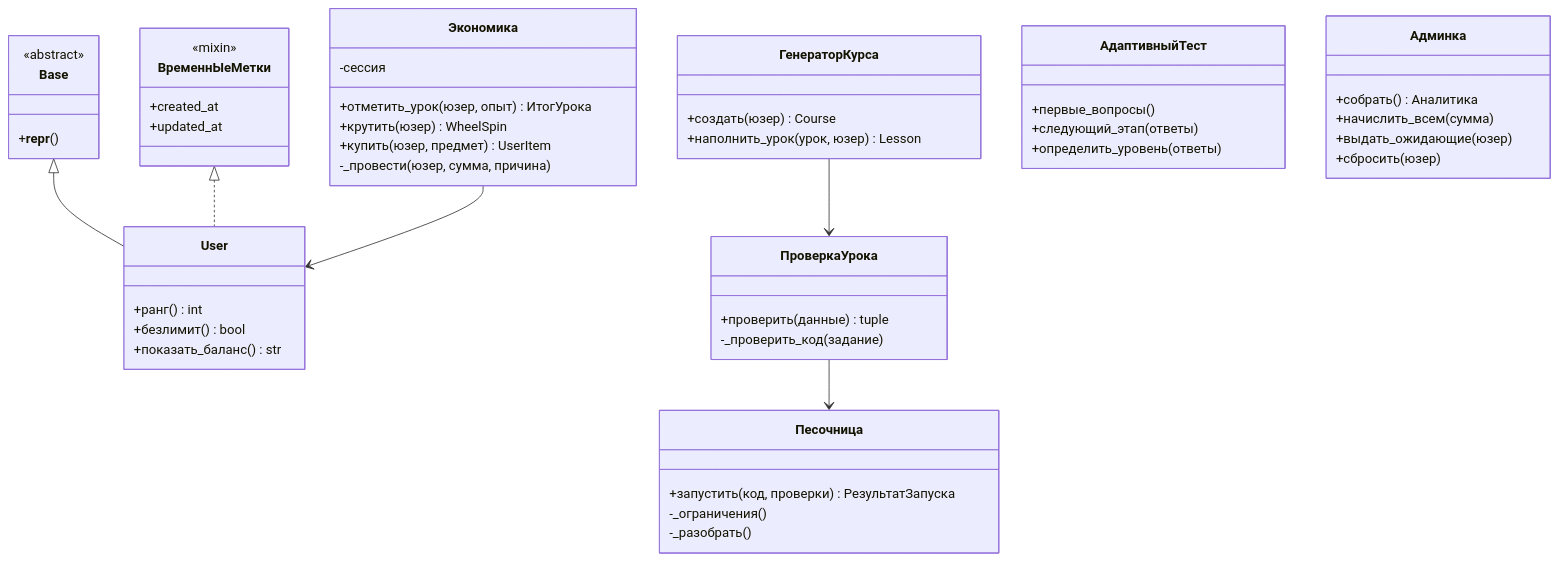
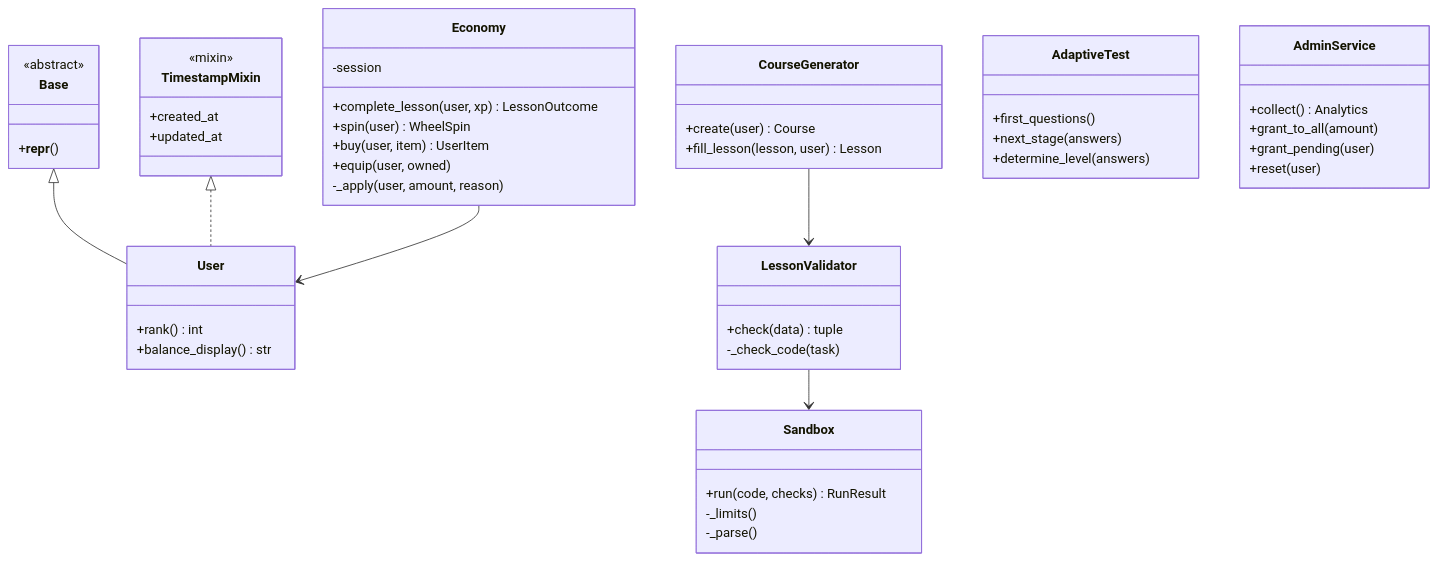
The second of 3 diagrams in docs/03-архитектура.md (impaermax/codehog), drawn with Mermaid before and after one commit. The commit also changed other lines of this file and 71 other files, not shown here.

````diff
--- a/docs/03-архитектура.md
+++ b/docs/03-архитектура.md
@@ -46,54 +46,54 @@
 ```mermaid
 classDiagram
     class Base {
         <<abstract>>
         +__repr__()
     }
-    class ВременнЫеМетки {
+    class TimestampMixin {
         <<mixin>>
         +created_at
         +updated_at
     }
     class User {
-        +ранг() int
-        +безлимит() bool
-        +показать_баланс() str
+        +rank() int
+        +balance_display() str
     }
-    class Экономика {
-        -сессия
-        +отметить_урок(юзер, опыт) ИтогУрока
-        +крутить(юзер) WheelSpin
-        +купить(юзер, предмет) UserItem
-        -_провести(юзер, сумма, причина)
+    class Economy {
+        -session
+        +complete_lesson(user, xp) LessonOutcome
+        +spin(user) WheelSpin
+        +buy(user, item) UserItem
+        +equip(user, owned)
+        -_apply(user, amount, reason)
     }
-    class Песочница {
-        +запустить(код, проверки) РезультатЗапуска
-        -_ограничения()
-        -_разобрать()
+    class Sandbox {
+        +run(code, checks) RunResult
+        -_limits()
+        -_parse()
     }
-    class ГенераторКурса {
-        +создать(юзер) Course
-        +наполнить_урок(урок, юзер) Lesson
+    class CourseGenerator {
+        +create(user) Course
+        +fill_lesson(lesson, user) Lesson
     }
-    class ПроверкаУрока {
-        +проверить(данные) tuple
-        -_проверить_код(задание)
+    class LessonValidator {
+        +check(data) tuple
+        -_check_code(task)
     }
-    class АдаптивныйТест {
-        +первые_вопросы()
-        +следующий_этап(ответы)
-        +определить_уровень(ответы)
+    class AdaptiveTest {
+        +first_questions()
+        +next_stage(answers)
+        +determine_level(answers)
     }
-    class Админка {
-        +собрать() Аналитика
-        +начислить_всем(сумма)
-        +выдать_ожидающие(юзер)
-        +сбросить(юзер)
+    class AdminService {
+        +collect() Analytics
+        +grant_to_all(amount)
+        +grant_pending(user)
+        +reset(user)
     }
 
     Base <|-- User
-    ВременнЫеМетки <|.. User
-    ГенераторКурса --> ПроверкаУрока
-    ПроверкаУрока --> Песочница
-    Экономика --> User
+    TimestampMixin <|.. User
+    CourseGenerator --> LessonValidator
+    LessonValidator --> Sandbox
+    Economy --> User
 ```
````
